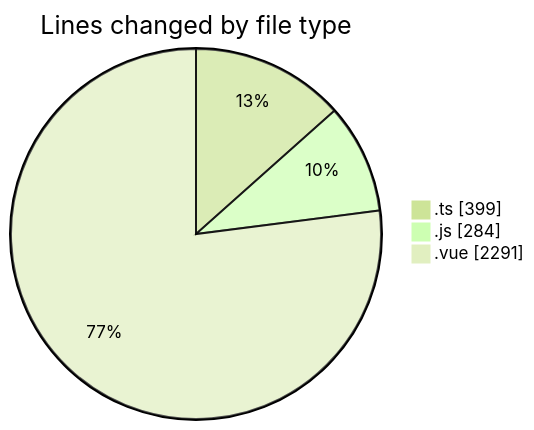
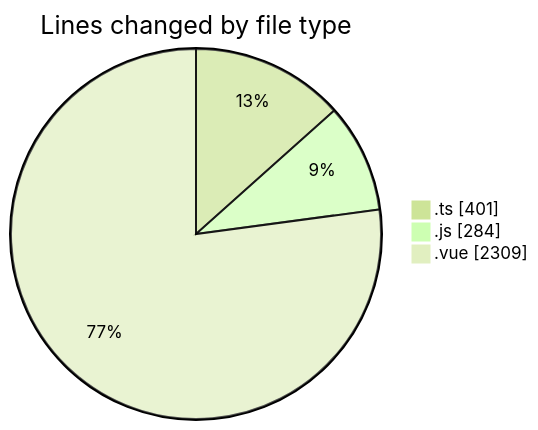
Before and after one commit to lephambinh05/code-tracking: the first of 2 diagrams in 2025-08-16/rentotp/README.md, drawn with Mermaid (forest theme). The commit also changed other lines of this file and 1 other file, not shown here.

````diff
--- a/2025-08-16/rentotp/README.md
+++ b/2025-08-16/rentotp/README.md
@@ -32,7 +32,7 @@
 ```mermaid
 pie showData
 title Lines changed by file type
-".ts" : 399
+".ts" : 401
 ".js" : 284
-".vue" : 2291
+".vue" : 2309
 ```
````
